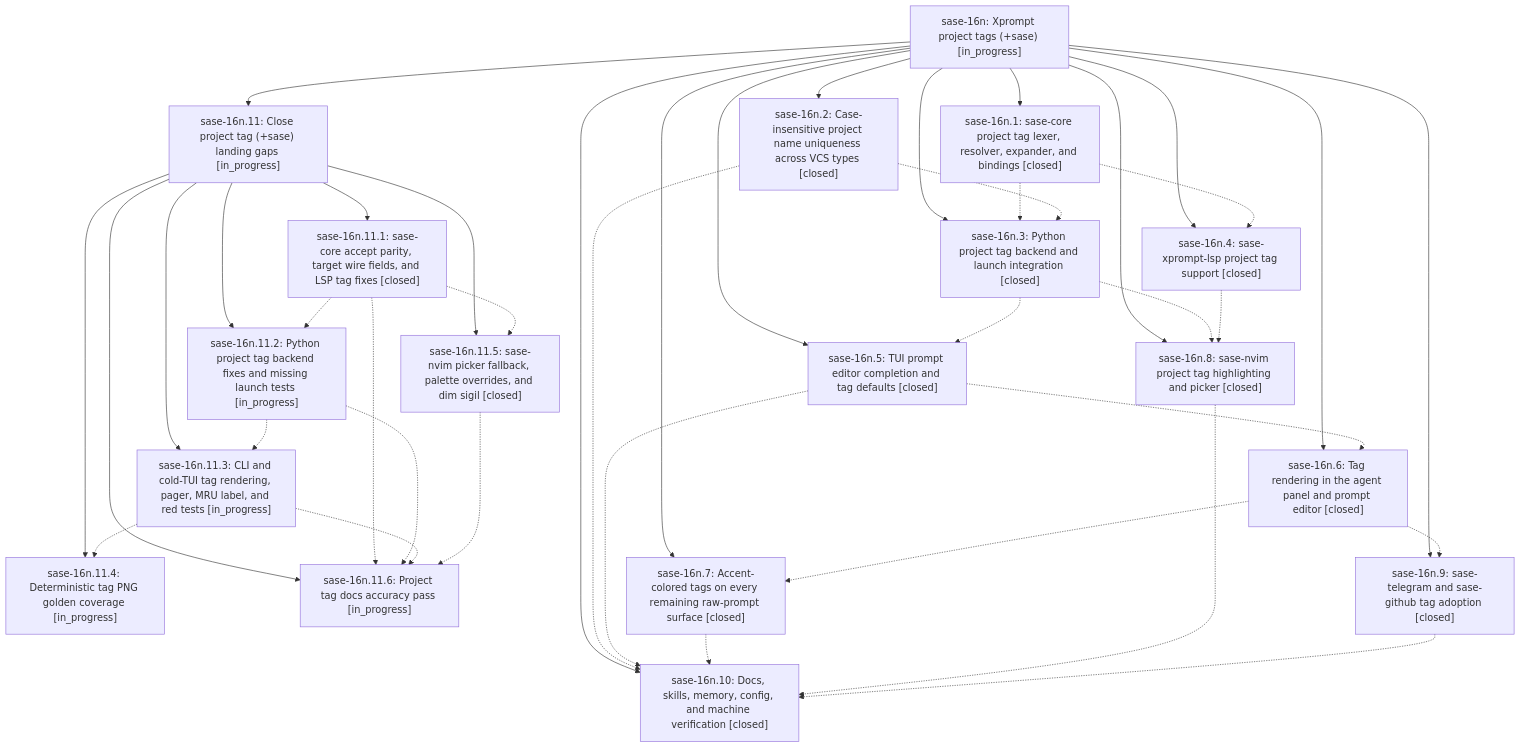
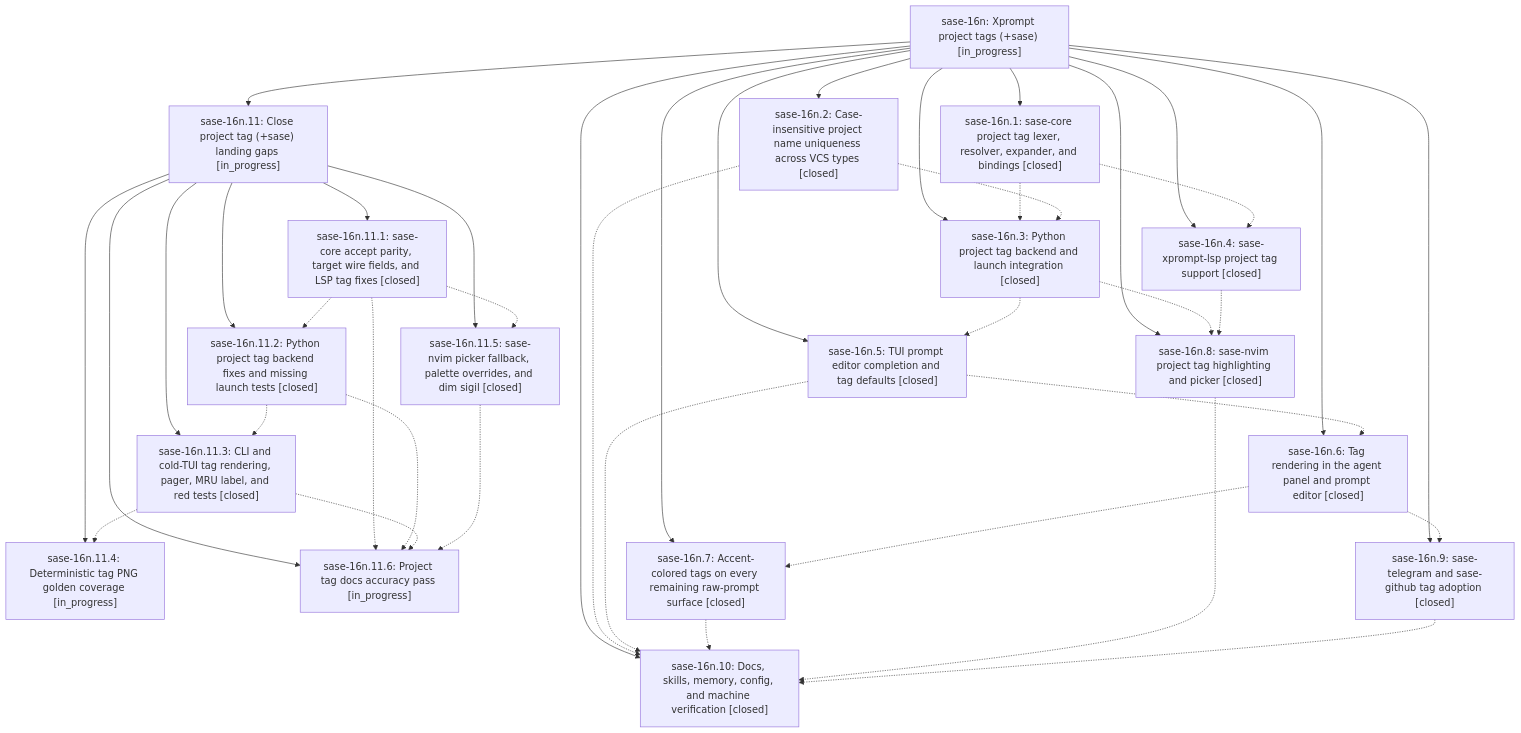
The diagram in pages/sase-16n/README.md (sase-org/sase--beads), drawn with Mermaid before and after one commit. The commit also changed other lines of this file and 5 other files, not shown here.

````diff
--- a/pages/sase-16n/README.md
+++ b/pages/sase-16n/README.md
@@ -35,60 +35,60 @@
 ```mermaid
 flowchart TD
     n0["sase-16n: Xprompt project tags (+sase) [in_progress]"]
     n1["sase-16n.1: sase-core project tag lexer, resolver, expander, and bindings [closed]"]
     n2["sase-16n.10: Docs, skills, memory, config, and machine verification [closed]"]
     n3["sase-16n.11: Close project tag (+sase) landing gaps [in_progress]"]
     n4["sase-16n.11.1: sase-core accept parity, target wire fields, and LSP tag fixes [closed]"]
-    n5["sase-16n.11.2: Python project tag backend fixes and missing launch tests [in_progress]"]
-    n6["sase-16n.11.3: CLI and cold-TUI tag rendering, pager, MRU label, and red tests [in_progress]"]
+    n5["sase-16n.11.2: Python project tag backend fixes and missing launch tests [closed]"]
+    n6["sase-16n.11.3: CLI and cold-TUI tag rendering, pager, MRU label, and red tests [closed]"]
     n7["sase-16n.11.4: Deterministic tag PNG golden coverage [in_progress]"]
     n8["sase-16n.11.5: sase-nvim picker fallback, palette overrides, and dim sigil [closed]"]
     n9["sase-16n.11.6: Project tag docs accuracy pass [in_progress]"]
     n10["sase-16n.2: Case-insensitive project name uniqueness across VCS types [closed]"]
     n11["sase-16n.3: Python project tag backend and launch integration [closed]"]
     n12["sase-16n.4: sase-xprompt-lsp project tag support [closed]"]
     n13["sase-16n.5: TUI prompt editor completion and tag defaults [closed]"]
     n14["sase-16n.6: Tag rendering in the agent panel and prompt editor [closed]"]
     n15["sase-16n.7: Accent-colored tags on every remaining raw-prompt surface [closed]"]
     n16["sase-16n.8: sase-nvim project tag highlighting and picker [closed]"]
     n17["sase-16n.9: sase-telegram and sase-github tag adoption [closed]"]
     n0 --> n1
     n0 --> n2
     n0 --> n3
     n3 --> n4
     n3 --> n5
     n3 --> n6
     n3 --> n7
     n3 --> n8
     n3 --> n9
     n0 --> n10
     n0 --> n11
     n0 --> n12
     n0 --> n13
     n0 --> n14
     n0 --> n15
     n0 --> n16
     n0 --> n17
     n1 -.-> n11
     n1 -.-> n12
     n4 -.-> n5
     n4 -.-> n8
     n4 -.-> n9
     n5 -.-> n6
     n5 -.-> n9
     n6 -.-> n7
     n6 -.-> n9
     n8 -.-> n9
     n10 -.-> n2
     n10 -.-> n11
     n11 -.-> n13
     n11 -.-> n16
     n12 -.-> n16
     n13 -.-> n2
     n13 -.-> n14
     n14 -.-> n15
     n14 -.-> n17
     n15 -.-> n2
     n16 -.-> n2
     n17 -.-> n2
 ```
````
